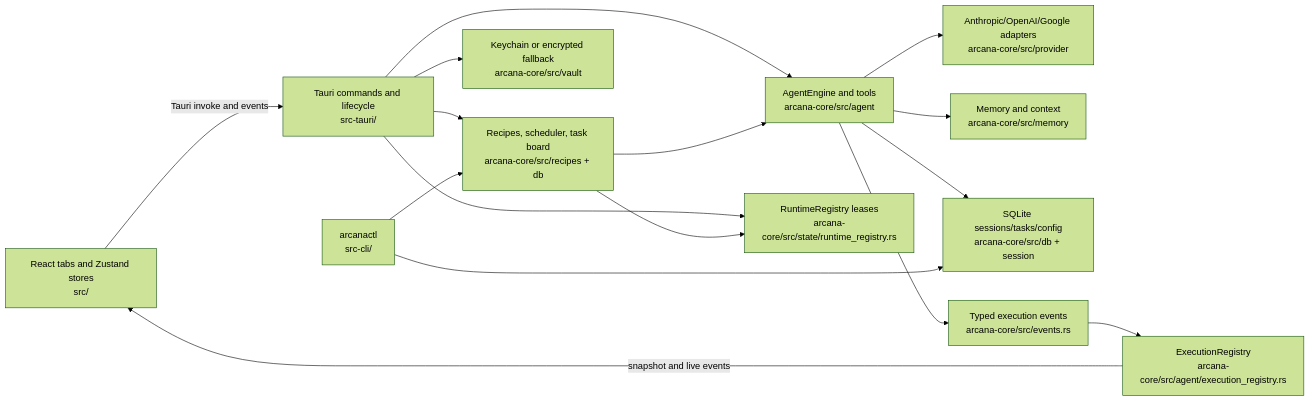
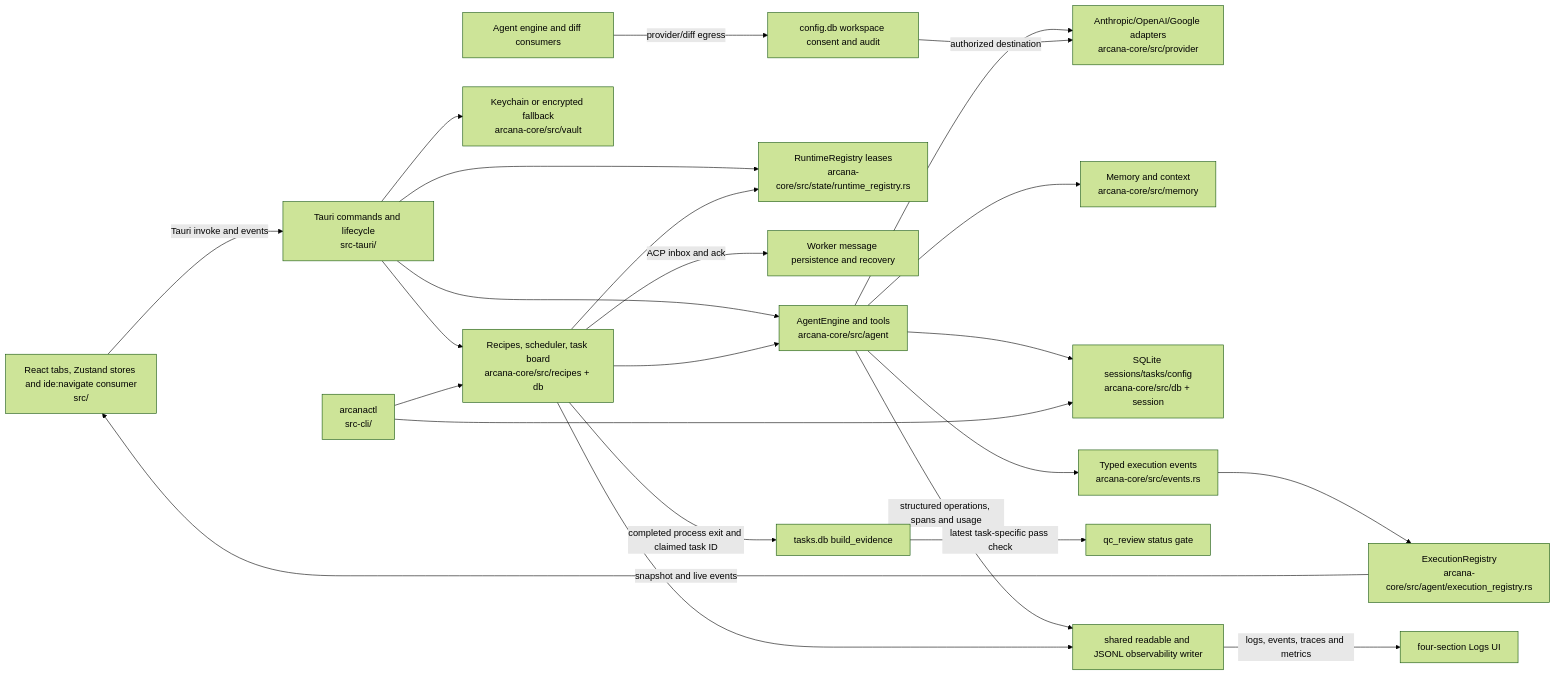
One commit to raziashary/arcana changed the diagram in docs/restructurization/development/PROJECT_MAP.md. Above: the diagram before and after it, drawn with Mermaid (forest theme). The commit also changed other lines of this file and 7 other files, not shown here.

````diff
--- a/docs/restructurization/development/PROJECT_MAP.md
+++ b/docs/restructurization/development/PROJECT_MAP.md
@@ -3,18 +3,26 @@
 ```mermaid
 flowchart LR
-    UI[React tabs and Zustand stores\nsrc/] -->|Tauri invoke and events| Host[Tauri commands and lifecycle\nsrc-tauri/]
+    UI[React tabs, Zustand stores and ide:navigate consumer\nsrc/] -->|Tauri invoke and events| Host[Tauri commands and lifecycle\nsrc-tauri/]
     Host --> Engine[AgentEngine and tools\narcana-core/src/agent]
     Host --> Fleet[Recipes, scheduler, task board\narcana-core/src/recipes + db]
     Engine --> Providers[Anthropic/OpenAI/Google adapters\narcana-core/src/provider]
     Engine --> Memory[Memory and context\narcana-core/src/memory]
     Engine --> Data[SQLite sessions/tasks/config\narcana-core/src/db + session]
     Fleet --> Engine
     CLI[arcanactl\nsrc-cli/] --> Fleet
     CLI --> Data
     Host --> Vault[Keychain or encrypted fallback\narcana-core/src/vault]
     Host --> Runtime[RuntimeRegistry leases\narcana-core/src/state/runtime_registry.rs]
     Fleet --> Runtime
     Engine --> Events[Typed execution events\narcana-core/src/events.rs]
     Events --> Exec[ExecutionRegistry\narcana-core/src/agent/execution_registry.rs]
     Exec -->|snapshot and live events| UI
+    Fleet -->|ACP inbox and ack| Messages[Worker message persistence and recovery]
+    Fleet -->|completed process exit and claimed task ID| BuildEvidence[tasks.db build_evidence]
+    BuildEvidence -->|latest task-specific pass check| QC[qc_review status gate]
+    Tools[Agent engine and diff consumers] -->|provider/diff egress| Consent[config.db workspace consent and audit]
+    Consent -->|authorized destination| Providers
+    Engine -->|structured operations, spans and usage| Telemetry[shared readable and JSONL observability writer]
+    Fleet --> Telemetry
+    Telemetry -->|logs, events, traces and metrics| LogsUI[four-section Logs UI]
 ```
````
